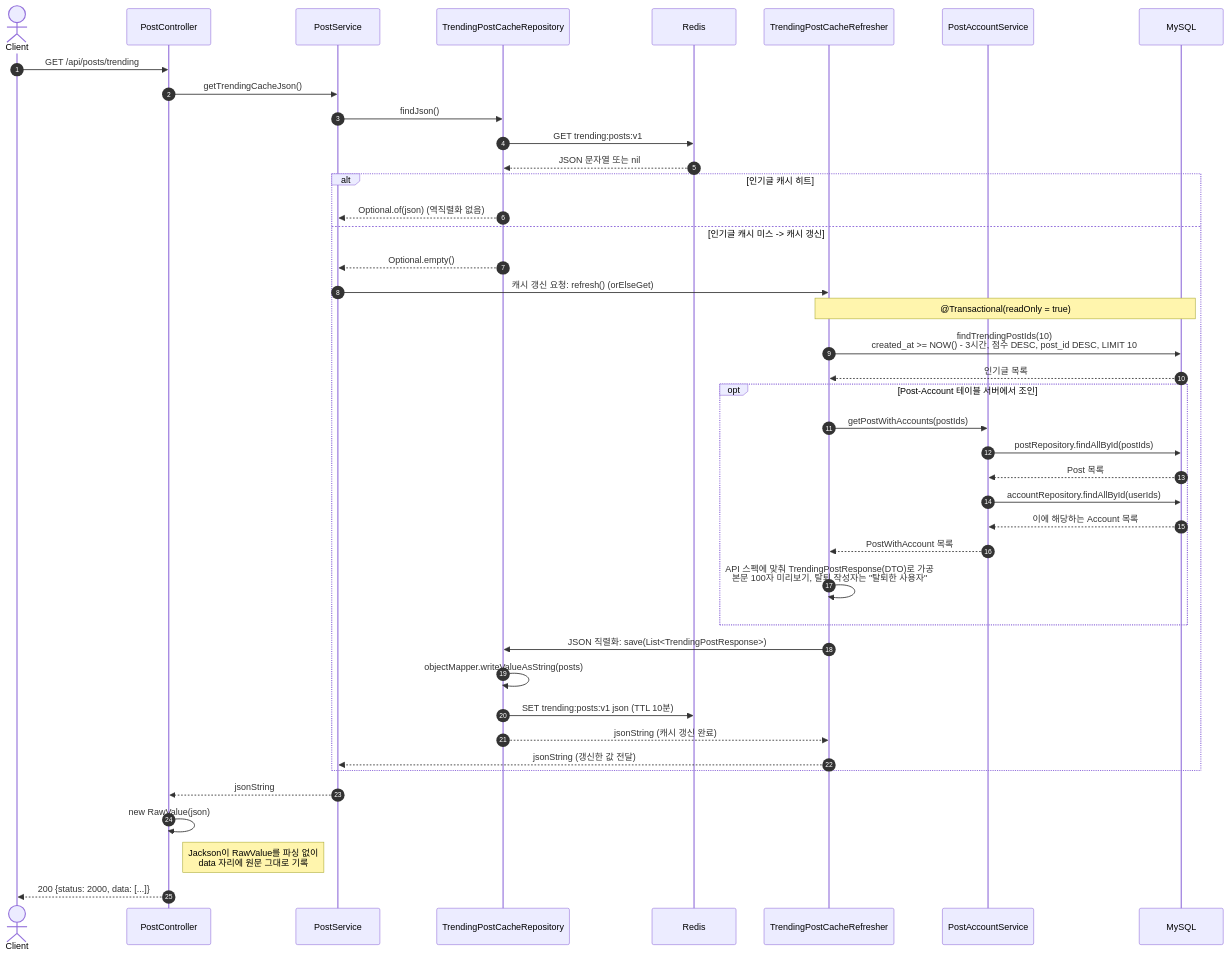
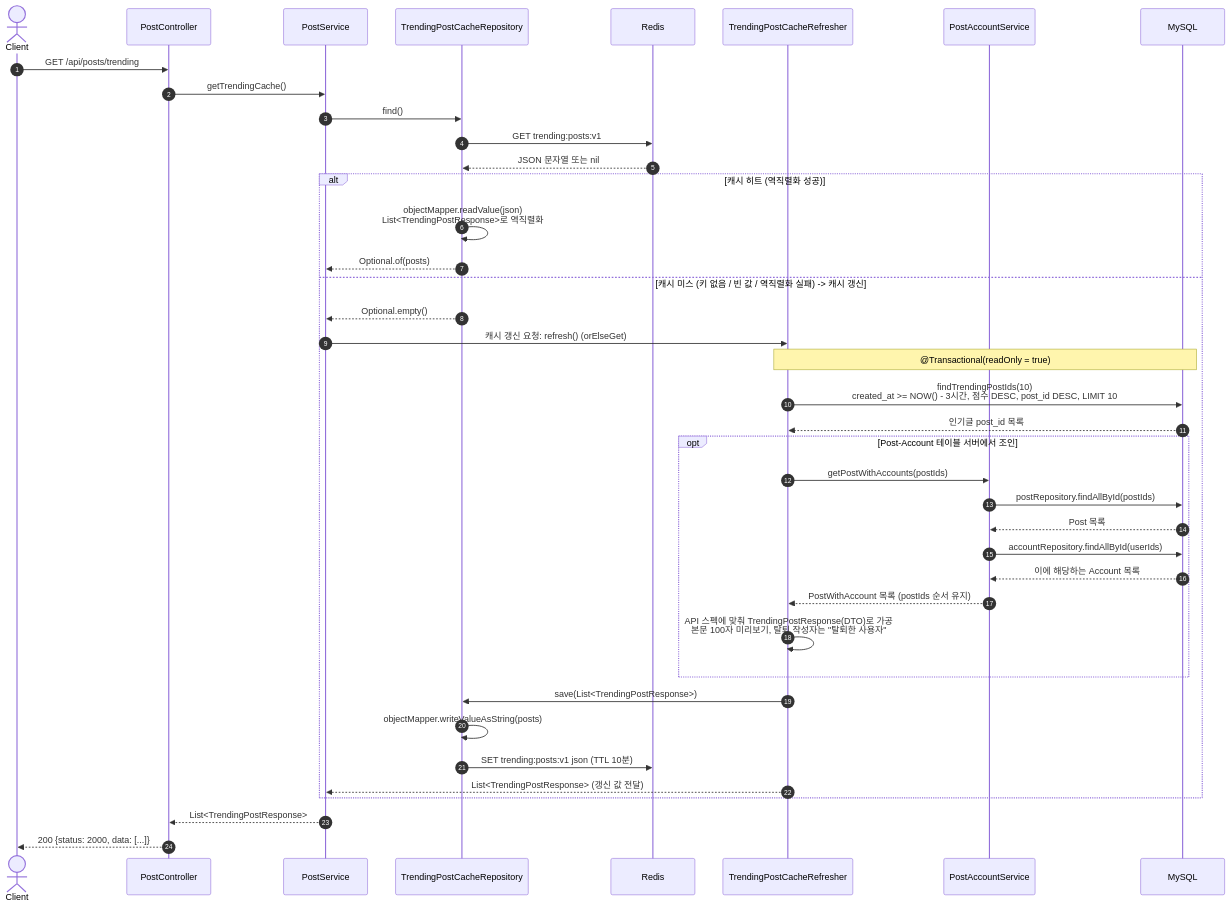
The second of 6 diagrams in README.md (ShinHyeong/trending-service), drawn with Mermaid before and after one commit. The commit also changed other lines of this file, not shown here.

Commit message:
📝 docs : 시퀀스 다이어그램 수정 및 설명 보충

````diff
--- a/README.md
+++ b/README.md
@@ -60,49 +85,47 @@
 ```mermaid
 sequenceDiagram
     autonumber
     actor C as Client
     participant Ctrl as PostController
     participant Svc as PostService
     participant Repo as TrendingPostCacheRepository
     participant R as Redis
     participant Ref as TrendingPostCacheRefresher
     participant PAS as PostAccountService
     participant DB as MySQL
 
     C->>Ctrl: GET /api/posts/trending
-    Ctrl->>Svc: getTrendingCacheJson()
-    Svc->>Repo: findJson()
+    Ctrl->>Svc: getTrendingCache()
+    Svc->>Repo: find()
     Repo->>R: GET trending:posts:v1
     R-->>Repo: JSON 문자열 또는 nil
 
-    alt 인기글 캐시 히트
-        Repo-->>Svc: Optional.of(json) (역직렬화 없음)
-    else 인기글 캐시 미스 -> 캐시 갱신
+    alt 캐시 히트 (역직렬화 성공)
+        Repo->>Repo: objectMapper.readValue(json)<br/>List<TrendingPostResponse>로 역직렬화
+        Repo-->>Svc: Optional.of(posts)
+    else 캐시 미스 (키 없음 / 빈 값 / 역직렬화 실패) -> 캐시 갱신
         Repo-->>Svc: Optional.empty()
         Svc->>Ref: 캐시 갱신 요청: refresh() (orElseGet)
         Note over Ref,DB: @Transactional(readOnly = true)
         Ref->>DB: findTrendingPostIds(10)<br/>created_at >= NOW() - 3시간, 점수 DESC, post_id DESC, LIMIT 10
-        DB-->>Ref: 인기글 목록
+        DB-->>Ref: 인기글 post_id 목록
 
         opt Post-Account 테이블 서버에서 조인
             Ref->>PAS: getPostWithAccounts(postIds)
             PAS->>DB: postRepository.findAllById(postIds)
             DB-->>PAS: Post 목록
             PAS->>DB: accountRepository.findAllById(userIds)
             DB-->>PAS: 이에 해당하는 Account 목록
-            PAS-->>Ref: PostWithAccount 목록 
+            PAS-->>Ref: PostWithAccount 목록 (postIds 순서 유지)
             Ref->>Ref: API 스펙에 맞춰 TrendingPostResponse(DTO)로 가공<br/>본문 100자 미리보기, 탈퇴 작성자는 "탈퇴한 사용자"
         end
 
-        Ref->>Repo: JSON 직렬화: save(List<TrendingPostResponse>)
+        Ref->>Repo: save(List<TrendingPostResponse>)
         Repo->>Repo: objectMapper.writeValueAsString(posts)
         Repo->>R: SET trending:posts:v1 json (TTL 10분)
-        Repo-->>Ref: jsonString (캐시 갱신 완료)
-        Ref-->>Svc: jsonString (갱신한 값 전달)
+        Ref-->>Svc: List<TrendingPostResponse> (갱신 값 전달)
     end
 
-    Svc-->>Ctrl: jsonString
-    Ctrl->>Ctrl: new RawValue(json)
-    Note right of Ctrl: Jackson이 RawValue를 파싱 없이<br/>data 자리에 원문 그대로 기록
+    Svc-->>Ctrl: List<TrendingPostResponse>
     Ctrl-->>C: 200 {status: 2000, data: [...]}
 ```
````
